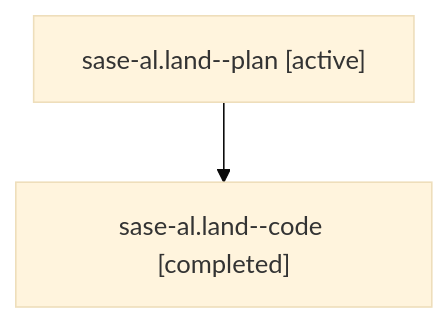
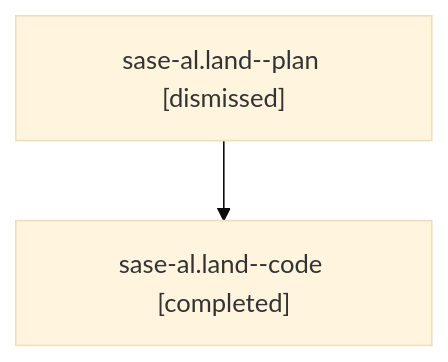
One commit to sase-org/sase--agents changed the diagram in sessions/bbugyi200.athena.sase-al.land.md. Above: the diagram before and after it, drawn with Mermaid (base theme). The commit also changed other lines of this file and 70 other files, not shown here.

````diff
--- a/sessions/bbugyi200.athena.sase-al.land.md
+++ b/sessions/bbugyi200.athena.sase-al.land.md
@@ -9,6 +9,6 @@
 ```mermaid
 flowchart TD
-  n0["sase-al.land--plan [active]"]
+  n0["sase-al.land--plan [dismissed]"]
   n1["sase-al.land--code [completed]"]
   n0 --> n1
 ```
````
